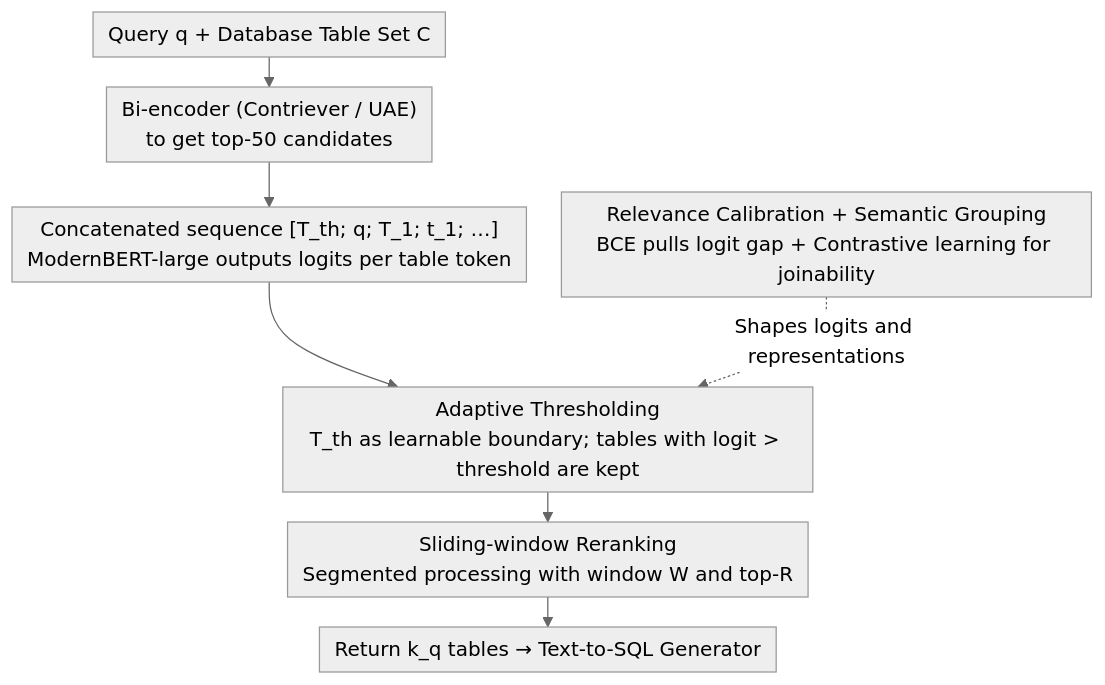
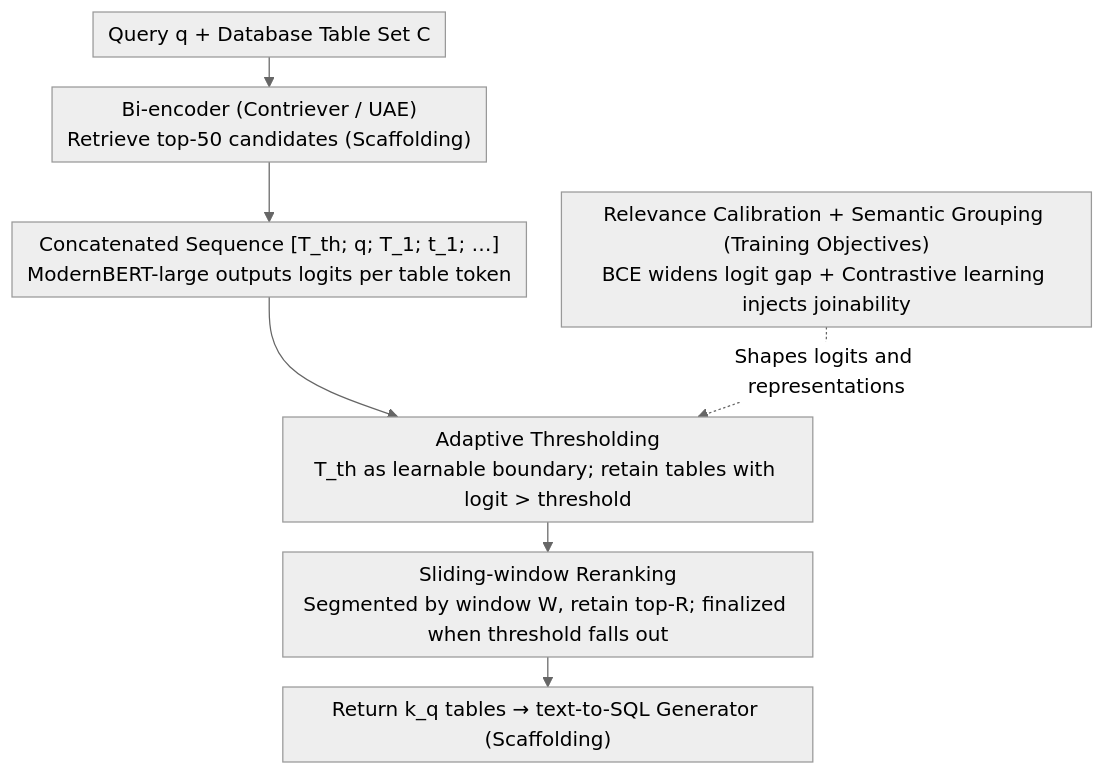
One commit to zhaoyang97/Paper-Notes-en changed the diagram in docs/ACL2026/information_retrieval/retrieve_only_relevant_tables_whether_few_or_many_adaptive_table_retrieval_metho.md. Above: the diagram before and after it, drawn with Mermaid (neutral theme). The commit also changed other lines of this file and 5084 other files, not shown here.

````diff
--- a/docs/ACL2026/information_retrieval/retrieve_only_relevant_tables_whether_few_or_many_adaptive_table_retrieval_metho.md
+++ b/docs/ACL2026/information_retrieval/retrieve_only_relevant_tables_whether_few_or_many_adaptive_table_retrieval_metho.md
@@ -46,14 +46,14 @@
 ```mermaid
 %%{init: {'flowchart': {'rankSpacing': 24, 'nodeSpacing': 28, 'padding': 6, 'wrappingWidth': 400}}}%%
 flowchart TD
     Q["Query q + Database Table Set C"]
-    BI["Bi-encoder (Contriever / UAE)<br/>to get top-50 candidates"]
-    SEQ["Concatenated sequence [T_th; q; T_1; t_1; …]<br/>ModernBERT-large outputs logits per table token"]
-    AT["Adaptive Thresholding<br/>T_th as learnable boundary; tables with logit > threshold are kept"]
-    TRAIN["Relevance Calibration + Semantic Grouping<br/>BCE pulls logit gap + Contrastive learning for joinability"]
-    RR["Sliding-window Reranking<br/>Segmented processing with window W and top-R"]
-    OUT["Return k_q tables → Text-to-SQL Generator"]
+    BI["Bi-encoder (Contriever / UAE)<br/>Retrieve top-50 candidates (Scaffolding)"]
+    SEQ["Concatenated Sequence [T_th; q; T_1; t_1; …]<br/>ModernBERT-large outputs logits per table token"]
+    AT["Adaptive Thresholding<br/>T_th as learnable boundary; retain tables with logit > threshold"]
+    TRAIN["Relevance Calibration + Semantic Grouping (Training Objectives)<br/>BCE widens logit gap + Contrastive learning injects joinability"]
+    RR["Sliding-window Reranking<br/>Segmented by window W, retain top-R; finalized when threshold falls out"]
+    OUT["Return k_q tables → text-to-SQL Generator (Scaffolding)"]
     Q --> BI --> SEQ --> AT
     TRAIN -.Shapes logits and representations.-> AT
     AT --> RR --> OUT
 ```
````
